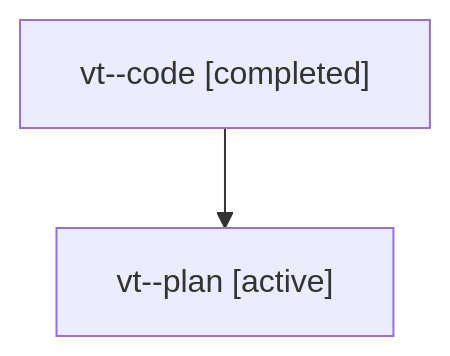
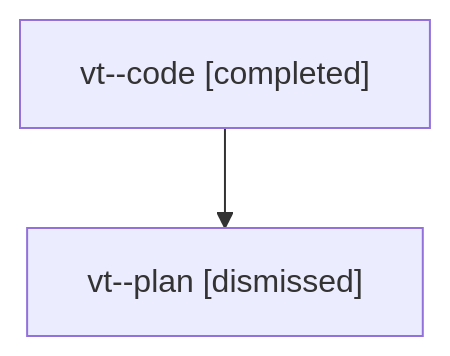
One commit to sase-org/sase--agents changed the diagram in sessions/bbugyi200.athena.vt.md. Above: the diagram before and after it, drawn with Mermaid. The commit also changed other lines of this file and 16 other files, not shown here.

````diff
--- a/sessions/bbugyi200.athena.vt.md
+++ b/sessions/bbugyi200.athena.vt.md
@@ -9,6 +9,6 @@
 ```mermaid
 flowchart TD
   n0["vt--code [completed]"]
-  n1["vt--plan [active]"]
+  n1["vt--plan [dismissed]"]
   n0 --> n1
 ```
````
